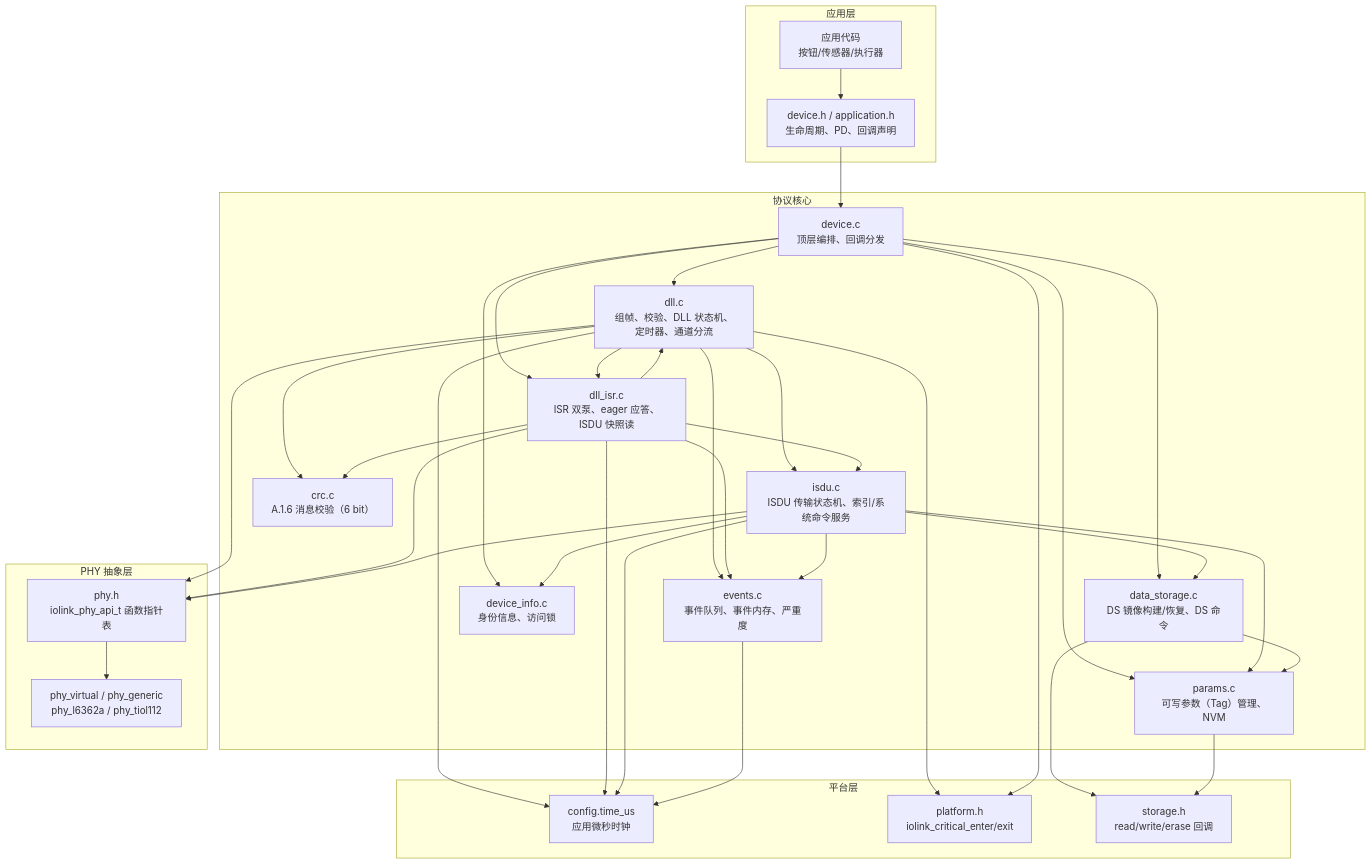
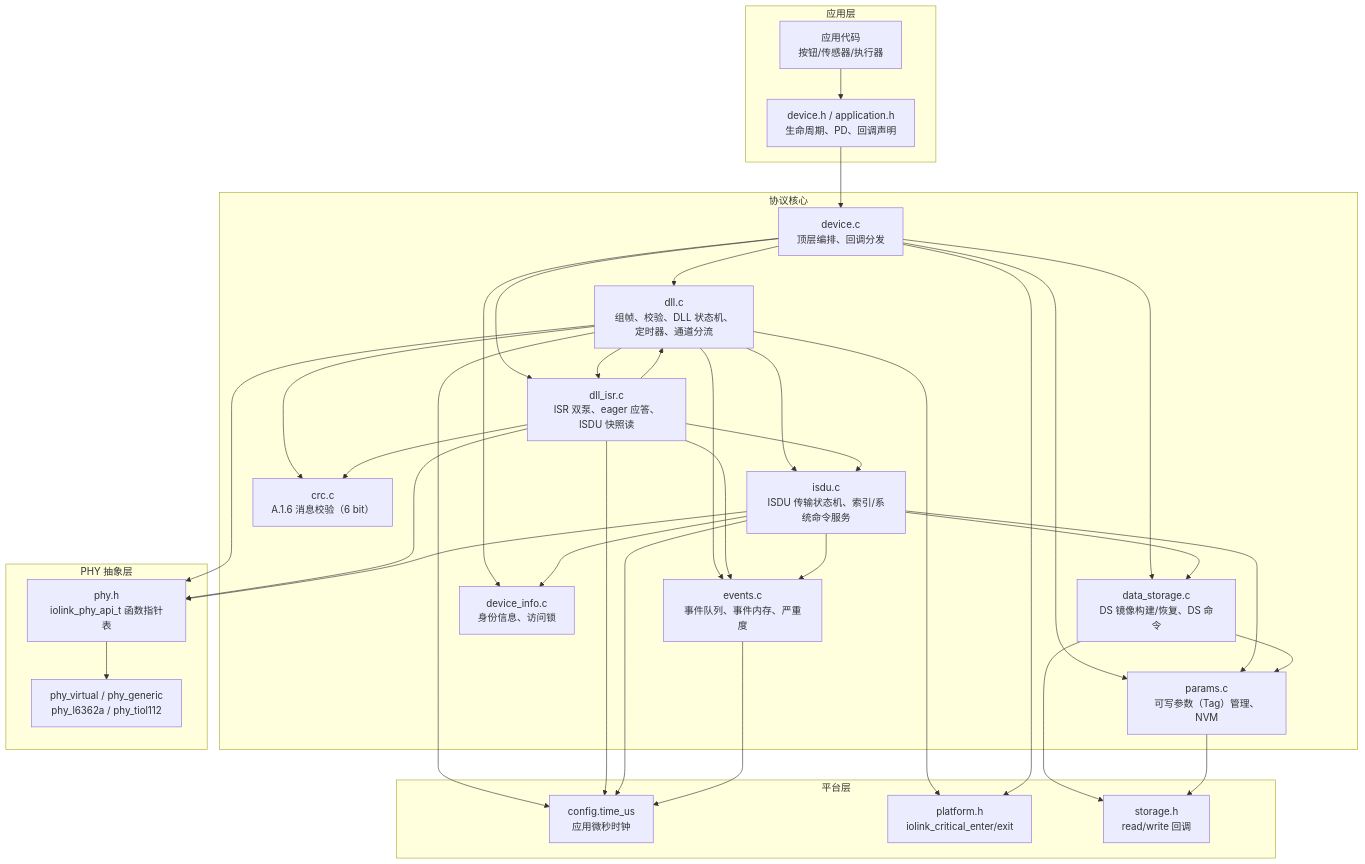
The first of 16 diagrams in docs/CODE_FLOW.md (Adlyq/iolinki), drawn with Mermaid before and after one commit. The commit also changed other lines of this file and 18 other files, not shown here.

````diff
--- a/docs/CODE_FLOW.md
+++ b/docs/CODE_FLOW.md
@@ -49,63 +49,63 @@
 ```mermaid
 flowchart TB
     subgraph APP["应用层"]
         A1["应用代码<br/>按钮/传感器/执行器"]
         A2["device.h / application.h<br/>生命周期、PD、回调声明"]
     end
 
     subgraph CORE["协议核心"]
         D1["device.c<br/>顶层编排、回调分发"]
         D2["dll.c<br/>组帧、校验、DLL 状态机、定时器、通道分流"]
         D2I["dll_isr.c<br/>ISR 双泵、eager 应答、ISDU 快照读"]
         D3["isdu.c<br/>ISDU 传输状态机、索引/系统命令服务"]
         D4["data_storage.c<br/>DS 镜像构建/恢复、DS 命令"]
         D5["params.c<br/>可写参数（Tag）管理、NVM"]
         D6["device_info.c<br/>身份信息、访问锁"]
         D7["events.c<br/>事件队列、事件内存、严重度"]
         D8["crc.c<br/>A.1.6 消息校验（6 bit）"]
     end
 
     subgraph PHY["PHY 抽象层"]
         P1["phy.h<br/>iolink_phy_api_t 函数指针表"]
         P2["phy_virtual / phy_generic<br/>phy_l6362a / phy_tiol112"]
     end
 
     subgraph PLAT["平台层"]
         T1["config.time_us<br/>应用微秒时钟"]
         T2["platform.h<br/>iolink_critical_enter/exit"]
-        S1["storage.h<br/>read/write/erase 回调"]
+        S1["storage.h<br/>read/write 回调"]
     end
 
     A1 --> A2
     A2 --> D1
     D1 --> D2
     D1 --> D2I
     D2 --> D2I
     D2I --> D2
     D1 --> D5
     D1 --> D6
     D1 --> D4
     D2 --> D3
     D2I --> D3
     D2 --> D7
     D2I --> D7
     D2 --> D8
     D2I --> D8
     D3 --> D5
     D3 --> D6
     D3 --> D4
     D3 --> D7
     D4 --> D5
     D4 --> S1
     D5 --> S1
     D2 --> P1
     D2I --> P1
     D3 --> P1
     P1 --> P2
     D2 --> T1
     D2I --> T1
     D3 --> T1
     D7 --> T1
     D2 --> T2
     D1 --> T2
 ```
````
